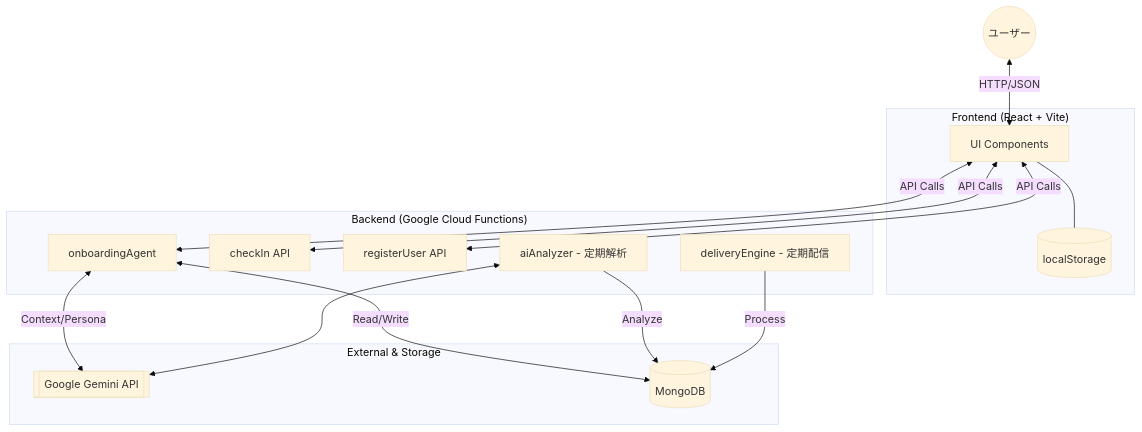
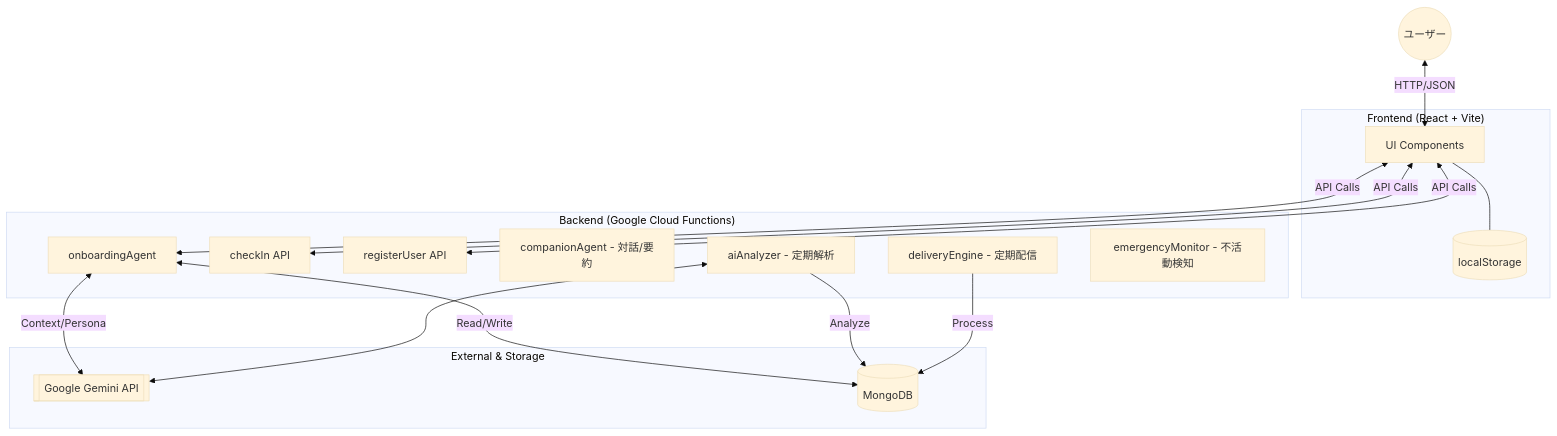
Before and after one commit to jerrywdlee/amber-ink: the first of 2 diagrams in SYSTEM_SUMMARY.md, drawn with Mermaid (base theme). The commit also changed other lines of this file and 1 other file, not shown here.

````diff
--- a/SYSTEM_SUMMARY.md
+++ b/SYSTEM_SUMMARY.md
@@ -12,37 +12,39 @@
 ```mermaid
 graph TD
     User((ユーザー))
     
     subgraph "Frontend (React + Vite)"
         UI[UI Components]
         LocalDB[(localStorage)]
     end
     
     subgraph "Backend (Google Cloud Functions)"
         OnboardingAgent[onboardingAgent]
         CheckIn[checkIn API]
         DataMgr[registerUser API]
+        Companion[companionAgent - 対話/要約]
         AIAnalyzer[aiAnalyzer - 定期解析]
         Delivery[deliveryEngine - 定期配信]
+        Emergency[emergencyMonitor - 不活動検知]
     end
     
     subgraph "External & Storage"
         Gemini[[Google Gemini API]]
         MongoDB[(MongoDB)]
     end
 
     User <-->|HTTP/JSON| UI
     UI <-->|API Calls| OnboardingAgent
     UI <-->|API Calls| CheckIn
     UI <-->|API Calls| DataMgr
     
     OnboardingAgent <-->|Context/Persona| Gemini
     OnboardingAgent <-->|Read/Write| MongoDB
     
     AIAnalyzer -->|Analyze| MongoDB
     AIAnalyzer <--> Gemini
     
     Delivery -->|Process| MongoDB
     
     UI --- LocalDB
 ```
````
